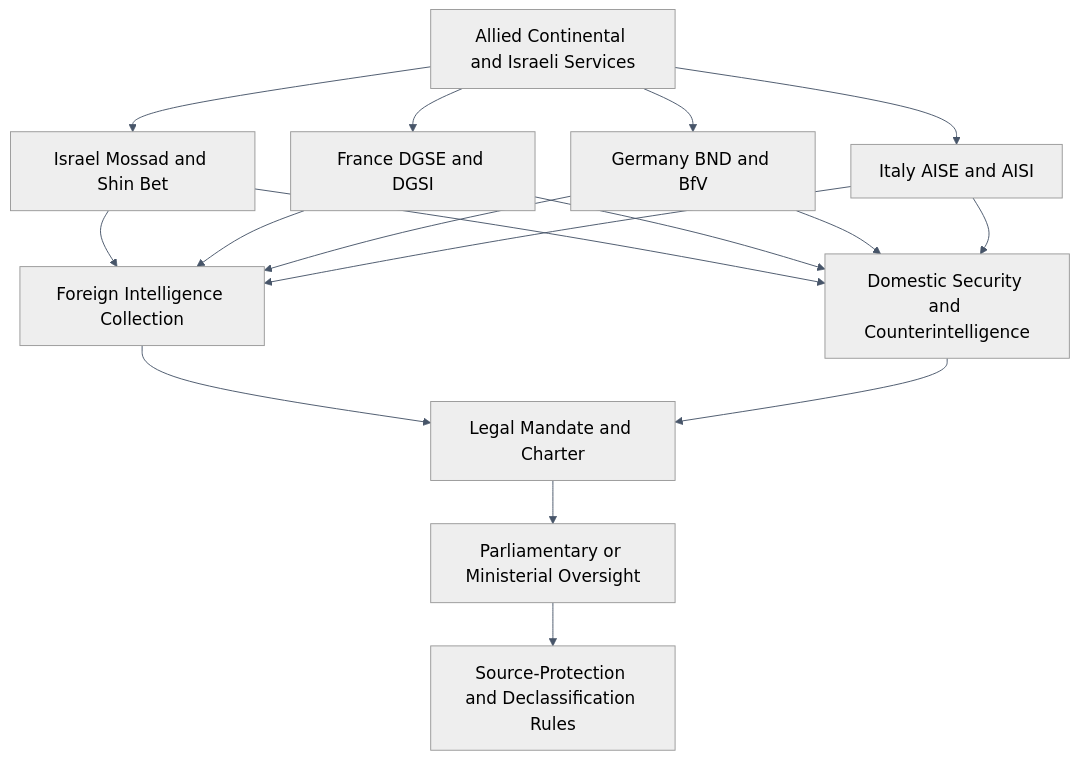
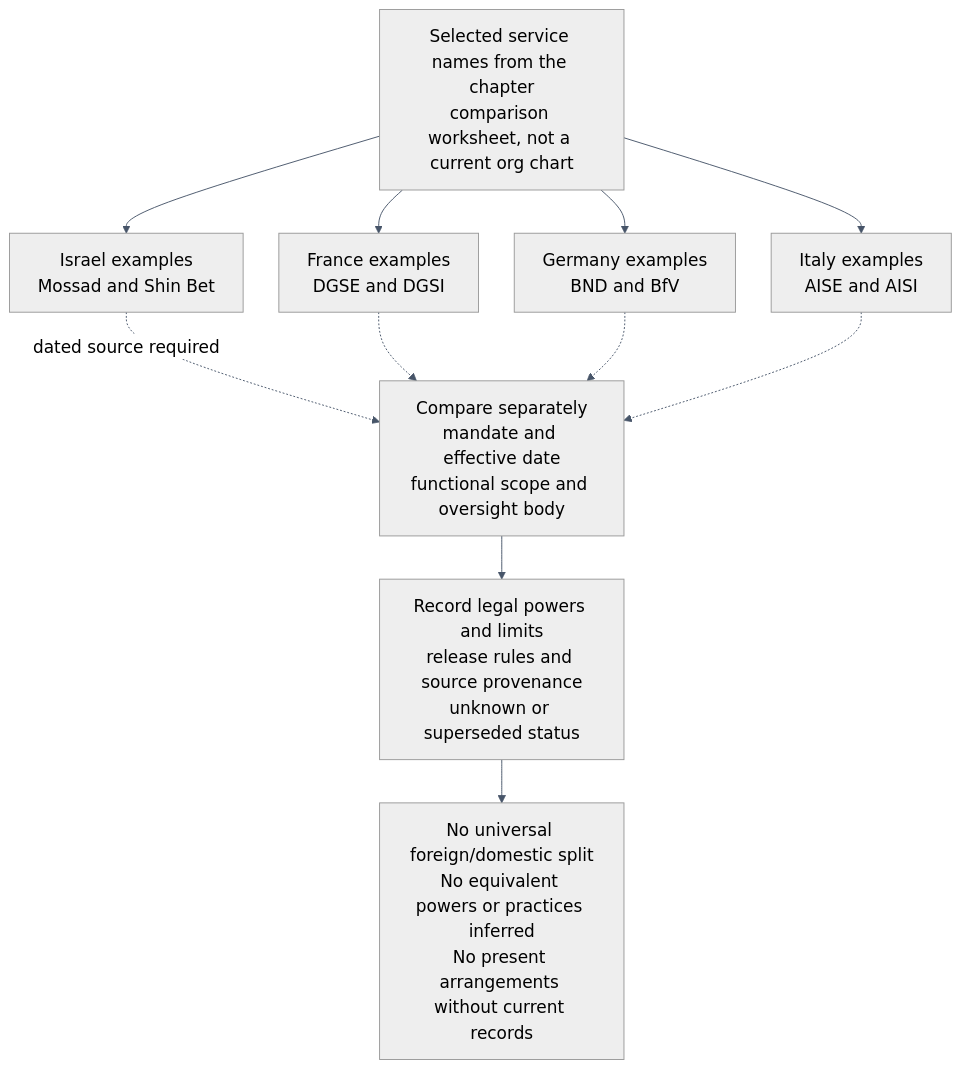
One commit to docxology/AGEINT changed the diagram in output/figures/mermaid/continental-services-comparative-oversight-structure.mmd. Above: the diagram before and after it, drawn with Mermaid. The commit also changed 1158 other files, not shown here.

```diff
--- a/output/figures/mermaid/continental-services-comparative-oversight-structure.mmd
+++ b/output/figures/mermaid/continental-services-comparative-oversight-structure.mmd
@@ -1,28 +1,12 @@
 %%{init: {'theme':'neutral','themeVariables':{'fontSize':'18px','fontFamily':'Arial, sans-serif','primaryColor':'#dbeafe','primaryBorderColor':'#475569','primaryTextColor':'#0f172a','lineColor':'#475569','secondaryColor':'#dcfce7','tertiaryColor':'#fef3c7'},'flowchart':{'htmlLabels':true,'nodeSpacing':38,'rankSpacing':46,'curve':'basis','subGraphTitleMargin':{'top':8,'bottom':12}}}}%%
 flowchart TB
-  Top["Allied Continental and Israeli Services"]
-  IL["Israel Mossad and Shin Bet"]
-  FR["France DGSE and DGSI"]
-  DE["Germany BND and BfV"]
-  IT["Italy AISE and AISI"]
-  Foreign["Foreign Intelligence Collection"]
-  Domestic["Domestic Security and Counterintelligence"]
-  Mandate["Legal Mandate and Charter"]
-  Oversight["Parliamentary or Ministerial Oversight"]
-  Rules["Source-Protection and Declassification Rules"]
-  Top --> IL
-  Top --> FR
-  Top --> DE
-  Top --> IT
-  IL --> Foreign
-  IL --> Domestic
-  FR --> Foreign
-  FR --> Domestic
-  DE --> Foreign
-  DE --> Domestic
-  IT --> Foreign
-  IT --> Domestic
-  Foreign --> Mandate
-  Domestic --> Mandate
-  Mandate --> Oversight
-  Oversight --> Rules
+    TOP["Selected service names from the chapter<br/>comparison worksheet, not a current org chart"] --> IL["Israel examples<br/>Mossad and Shin Bet"]
+    TOP --> FR["France examples<br/>DGSE and DGSI"]
+    TOP --> DE["Germany examples<br/>BND and BfV"]
+    TOP --> IT["Italy examples<br/>AISE and AISI"]
+    IL -. "dated source required" .-> Q["Compare separately<br/>mandate and effective date<br/>functional scope and oversight body"]
+    FR -.-> Q
+    DE -.-> Q
+    IT -.-> Q
+    Q --> RECORD["Record legal powers and limits<br/>release rules and source provenance<br/>unknown or superseded status"]
+    RECORD --> LIMIT["No universal foreign/domestic split<br/>No equivalent powers or practices inferred<br/>No present arrangements without current records"]
```
